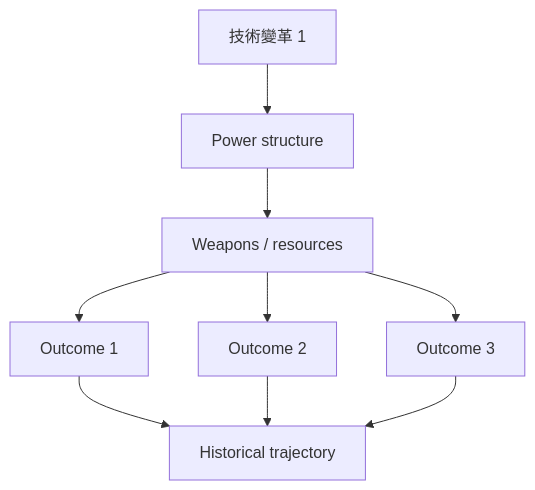
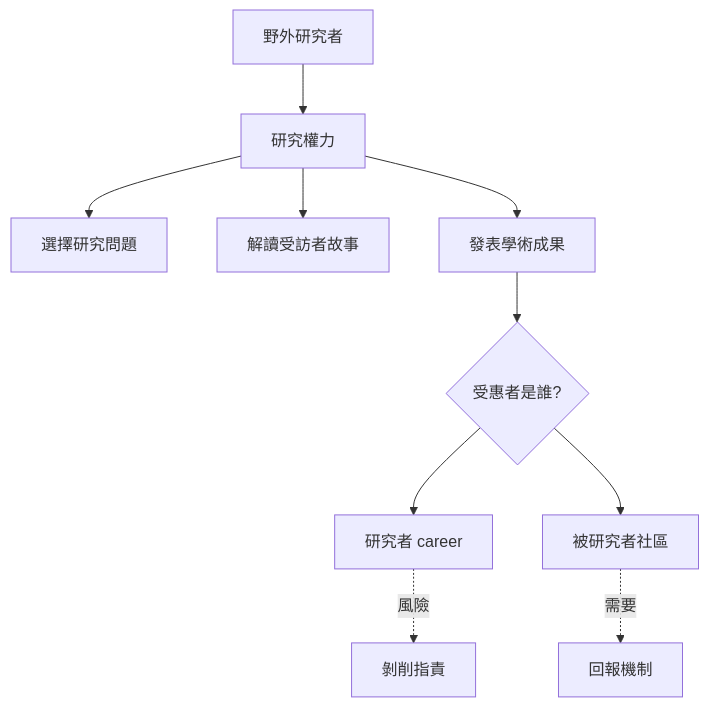
One commit to yip-lgtm/HKU-Harvard-History-Self-Study changed the third of 10 diagrams in 01_HKU_Courses/HIST4028_History_without_Borders.md. Above: the diagram before and after it, drawn with Mermaid. The commit also changed other lines of this file and 65 other files, not shown here.

````diff
--- a/01_HKU_Courses/HIST4028_History_without_Borders.md
+++ b/01_HKU_Courses/HIST4028_History_without_Borders.md
@@ -185,11 +206,12 @@
 ```mermaid
-graph TD
-    A[技術變革 1] --> B[Power structure]
-    B --> C[Weapons / resources]
-    C --> D[Outcome 1]
-    C --> E[Outcome 2]
-    C --> F[Outcome 3]
-    D --> G[Historical trajectory]
-    E --> G
-    F --> G
+flowchart TD
+    A[野外研究者] --> B[研究權力]
+    B --> C[選擇研究問題]
+    B --> D[解讀受訪者故事]
+    B --> E[發表學術成果]
+    E --> F{受惠者是誰?}
+    F --> G[研究者 career]
+    F --> H[被研究者社區]
+    G -.->|風險| I[剝削指責]
+    H -.->|需要| J[回報機制]
 ```
````
